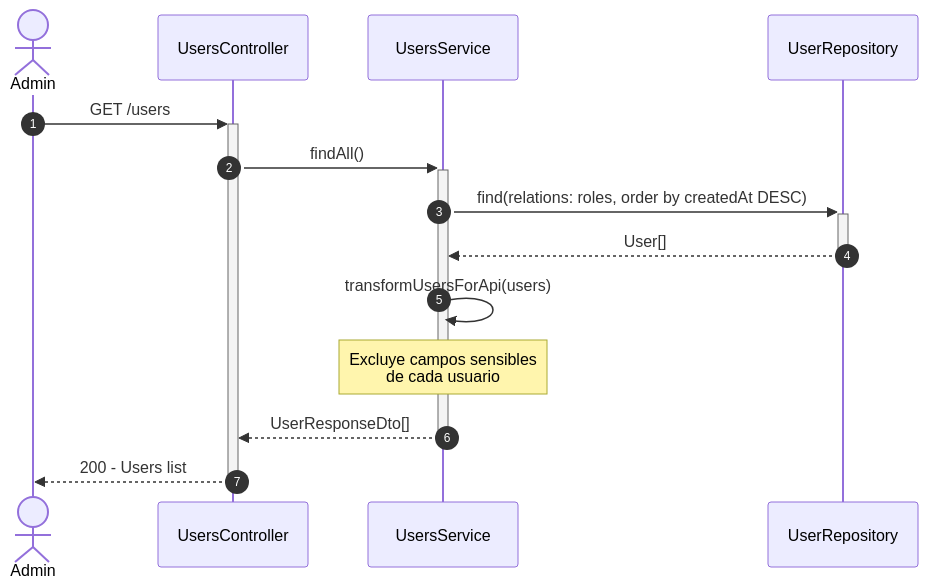
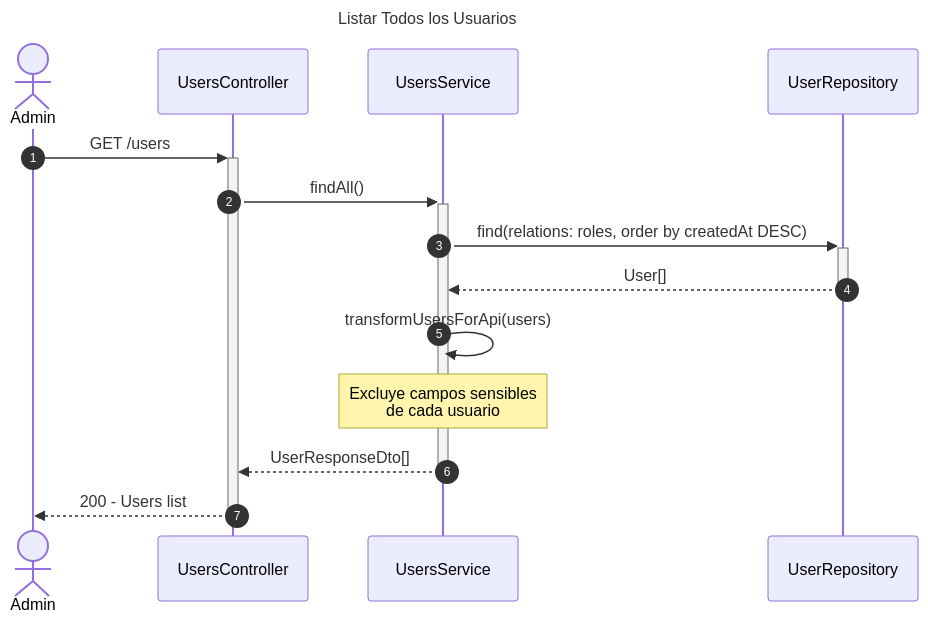
Before and after one commit to Nick220505/hotelier-backend: the seventh of 7 diagrams in diagrams/sequence/users-sequence-diagram.md, drawn with Mermaid. The commit also changed other lines of this file and 5 other files, not shown here.

Commit message:
Add titles to sequence diagrams for Billing, Employees, Inventory, Reservations, Restaurant, and Users modules

````diff
--- a/diagrams/sequence/users-sequence-diagram.md
+++ b/diagrams/sequence/users-sequence-diagram.md
@@ -250,20 +268,23 @@
 ```mermaid
+---
+title: Listar Todos los Usuarios
+---
 sequenceDiagram
     autonumber
     actor Admin
     participant Controller as UsersController
     participant Service as UsersService
     participant UserRepo as UserRepository
 
     Admin->>+Controller: GET /users
     Controller->>+Service: findAll()
     
     Service->>+UserRepo: find(relations: roles, order by createdAt DESC)
     UserRepo-->>-Service: User[]
     
     Service->>Service: transformUsersForApi(users)
     Note over Service: Excluye campos sensibles<br/>de cada usuario
     
     Service-->>-Controller: UserResponseDto[]
     Controller-->>-Admin: 200 - Users list
 ```
````
